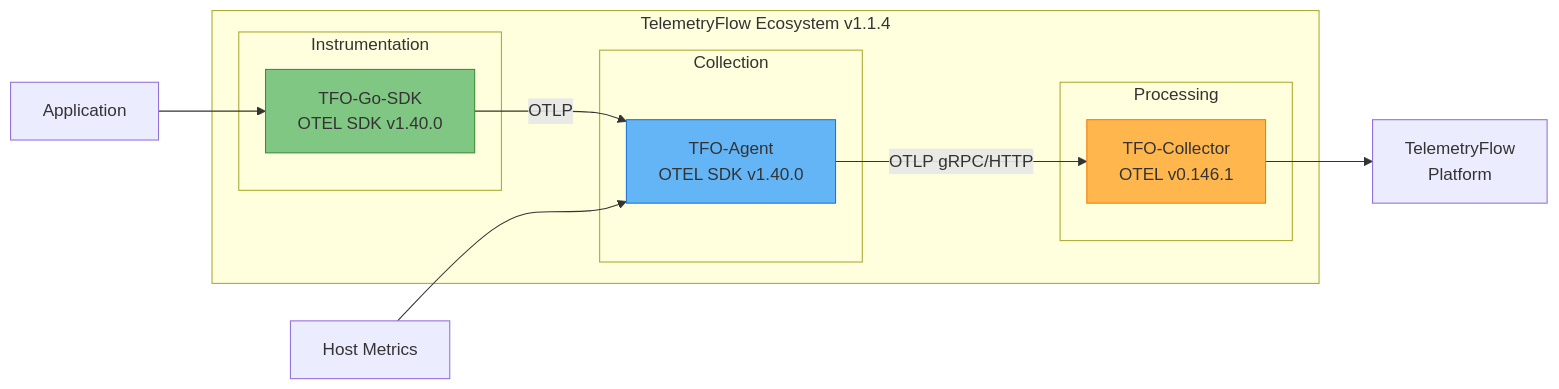
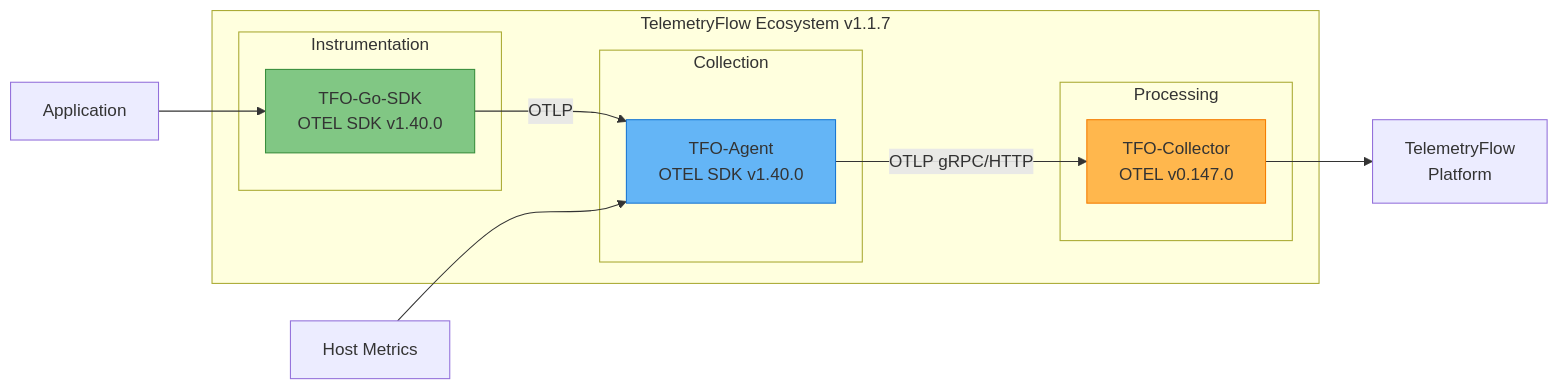
One commit to telemetryflow/telemetryflow-agent changed the first of 3 diagrams in docs/README.md. Above: the diagram before and after it, drawn with Mermaid. The commit also changed other lines of this file and 16 other files, not shown here.

````diff
--- a/docs/README.md
+++ b/docs/README.md
@@ -29,26 +29,26 @@
 ```mermaid
 graph LR
-    subgraph "TelemetryFlow Ecosystem v1.1.4"
+    subgraph "TelemetryFlow Ecosystem v1.1.7"
         subgraph "Instrumentation"
             SDK[TFO-Go-SDK<br/>OTEL SDK v1.40.0]
         end
 
         subgraph "Collection"
             AGENT[TFO-Agent<br/>OTEL SDK v1.40.0]
         end
 
         subgraph "Processing"
-            COLLECTOR[TFO-Collector<br/>OTEL v0.146.1]
+            COLLECTOR[TFO-Collector<br/>OTEL v0.147.0]
         end
     end
 
     APP[Application] --> SDK
     SDK -->|OTLP| AGENT
     HOST[Host Metrics] --> AGENT
     AGENT -->|OTLP gRPC/HTTP| COLLECTOR
     COLLECTOR --> BACKEND[TelemetryFlow<br/>Platform]
 
     style SDK fill:#81C784,stroke:#388E3C
     style AGENT fill:#64B5F6,stroke:#1976D2
     style COLLECTOR fill:#FFB74D,stroke:#F57C00
 ```
````
